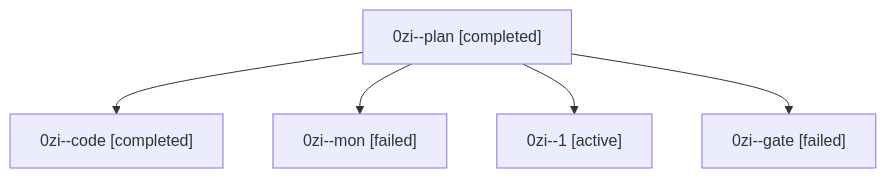
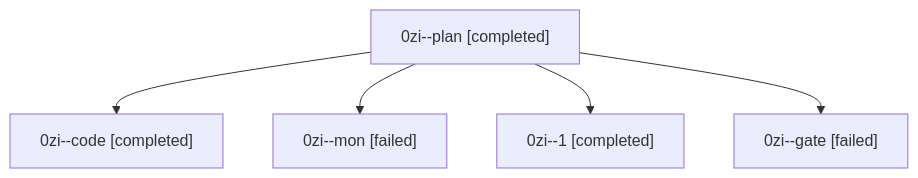
One commit to bobs-org/bob-cli--agents changed the diagram in sessions/bbugyi200.athena.0zi.md. Above: the diagram before and after it, drawn with Mermaid. The commit also changed other lines of this file and 31 other files, not shown here.

````diff
--- a/sessions/bbugyi200.athena.0zi.md
+++ b/sessions/bbugyi200.athena.0zi.md
@@ -9,12 +9,12 @@
 ```mermaid
 flowchart TD
   n0["0zi--plan [completed]"]
   n1["0zi--code [completed]"]
   n0 --> n1
   n2["0zi--mon [failed]"]
   n0 --> n2
-  n3["0zi--1 [active]"]
+  n3["0zi--1 [completed]"]
   n0 --> n3
   n4["0zi--gate [failed]"]
   n0 --> n4
 ```
````
